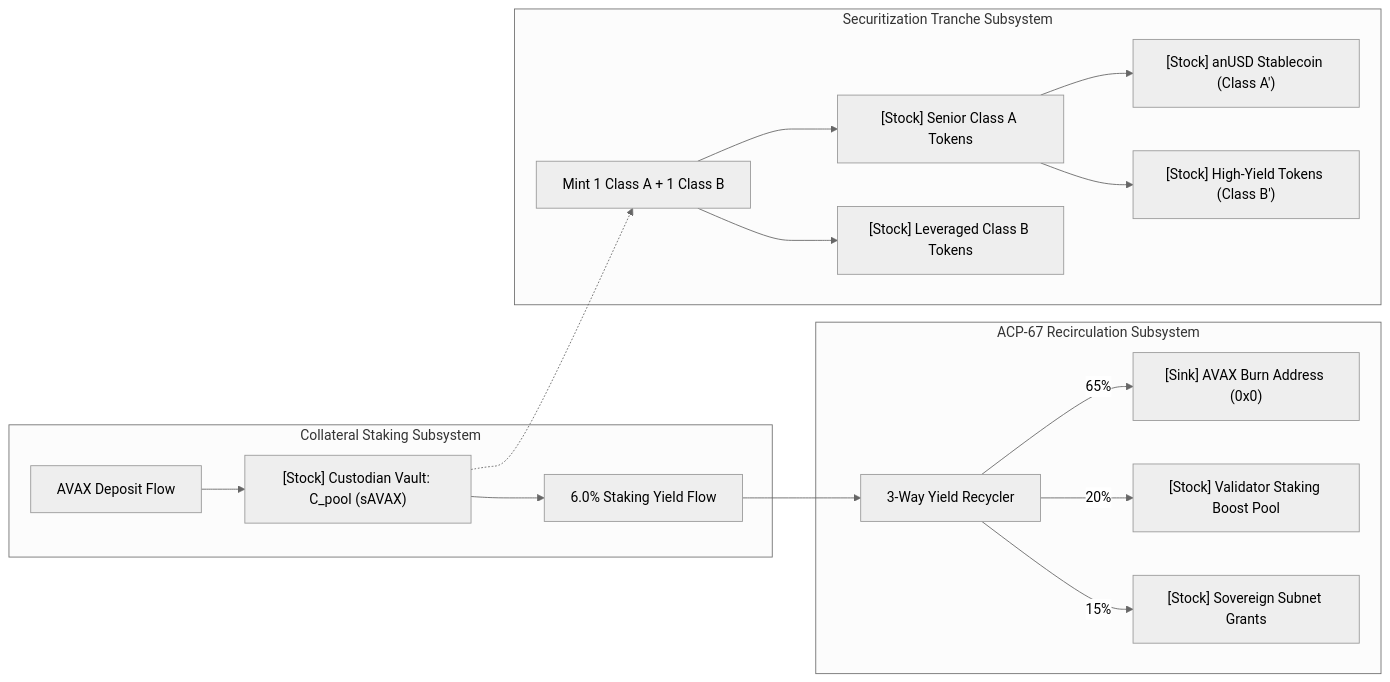
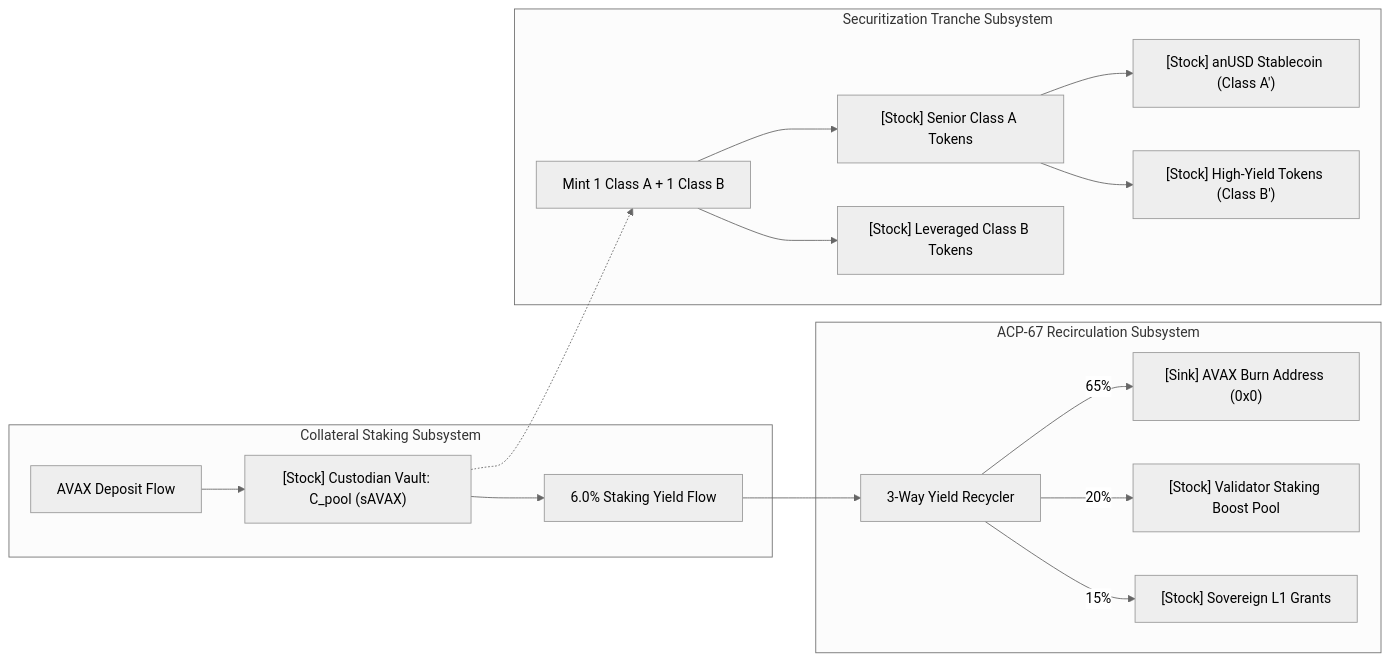
Before and after one commit to coad1024-cmd/avalanche-native-stablecoin: the second of 3 diagrams in docs/reports/TOKEN_ENGINEERING_SYSTEM_SPEC.md, drawn with Mermaid (neutral theme). The commit also changed other lines of this file and 17 other files, not shown here.

````diff
--- a/docs/reports/TOKEN_ENGINEERING_SYSTEM_SPEC.md
+++ b/docs/reports/TOKEN_ENGINEERING_SYSTEM_SPEC.md
@@ -80,22 +80,22 @@
 ```mermaid
 flowchart LR
     subgraph StakingPool["Collateral Staking Subsystem"]
         Inflow["AVAX Deposit Flow"] --> Vault["[Stock] Custodian Vault: C_pool (sAVAX)"]
         Vault --> StakingYield["6.0% Staking Yield Flow"]
     end
 
     subgraph DualClass["Securitization Tranche Subsystem"]
         Vault -.-> MintFlow["Mint 1 Class A + 1 Class B"]
         MintFlow --> A_Stock["[Stock] Senior Class A Tokens"]
         MintFlow --> B_Stock["[Stock] Leveraged Class B Tokens"]
         A_Stock --> anUSD_Stock["[Stock] anUSD Stablecoin (Class A')"]
         A_Stock --> BPrime_Stock["[Stock] High-Yield Tokens (Class B')"]
     end
 
     subgraph Recirculation["ACP-67 Recirculation Subsystem"]
         StakingYield --> Waterfall["3-Way Yield Recycler"]
         Waterfall -->|65%| BurnSink["[Sink] AVAX Burn Address (0x0)"]
         Waterfall -->|20%| ValSink["[Stock] Validator Staking Boost Pool"]
-        Waterfall -->|15%| L1Sink["[Stock] Sovereign Subnet Grants"]
+        Waterfall -->|15%| L1Sink["[Stock] Sovereign L1 Grants"]
     end
 ```
````
